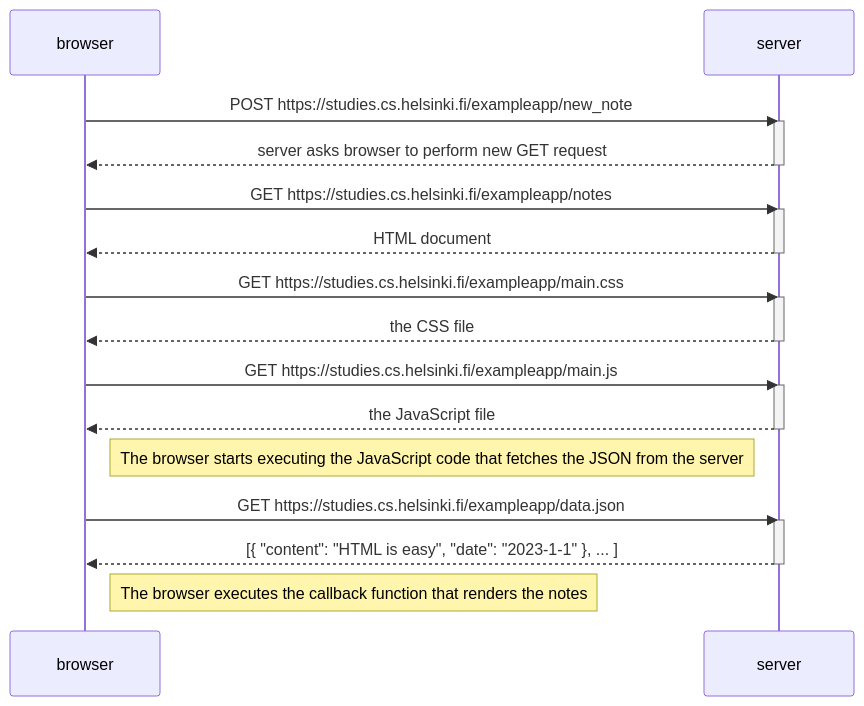
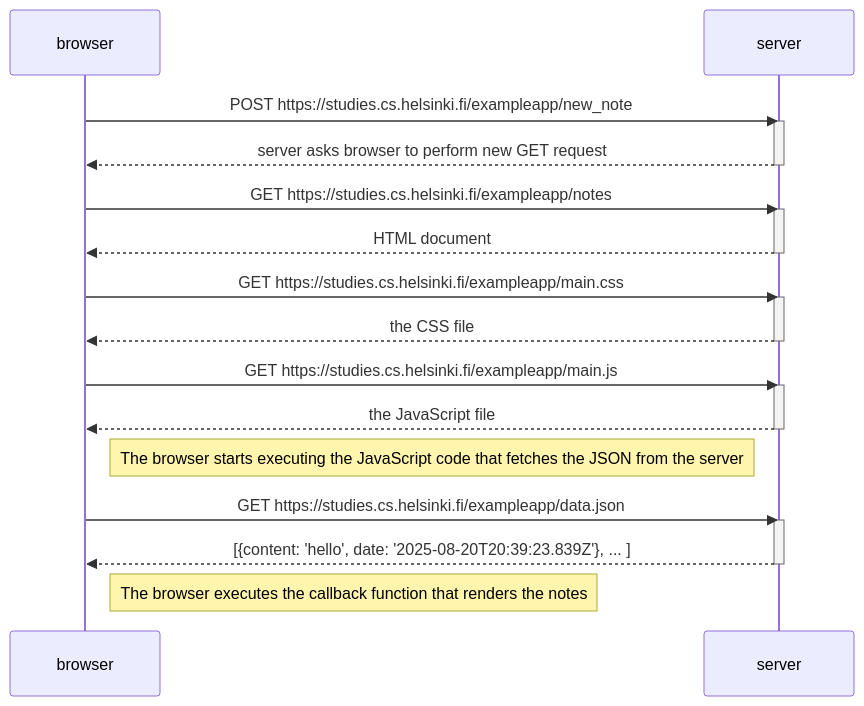
One commit to Nityzt/fullstackopen changed the diagram in 0.4.md. Above: the diagram before and after it, drawn with Mermaid.

Commit message:
exercise 0.4 completed

````diff
--- a/0.4.md
+++ b/0.4.md
@@ -1,36 +1,36 @@
 ```mermaid
 
 sequenceDiagram
     participant browser
     participant server
 
     browser->>server: POST https://studies.cs.helsinki.fi/exampleapp/new_note
     activate server
     server-->>browser: server asks browser to perform new GET request
     deactivate server
 
     browser->>server: GET https://studies.cs.helsinki.fi/exampleapp/notes
     activate server
     server-->>browser: HTML document
     deactivate server
 
     browser->>server: GET https://studies.cs.helsinki.fi/exampleapp/main.css
     activate server
     server-->>browser: the CSS file
     deactivate server
 
     browser->>server: GET https://studies.cs.helsinki.fi/exampleapp/main.js
     activate server
     server-->>browser: the JavaScript file
     deactivate server
 
     Note right of browser: The browser starts executing the JavaScript code that fetches the JSON from the server
 
     browser->>server: GET https://studies.cs.helsinki.fi/exampleapp/data.json
     activate server
-    server-->>browser: [{ "content": "HTML is easy", "date": "2023-1-1" }, ... ]
+    server-->>browser: [{content: 'hello', date: '2025-08-20T20:39:23.839Z'}, ... ]
     deactivate server
 
     Note right of browser: The browser executes the callback function that renders the notes
 
 ```
````
